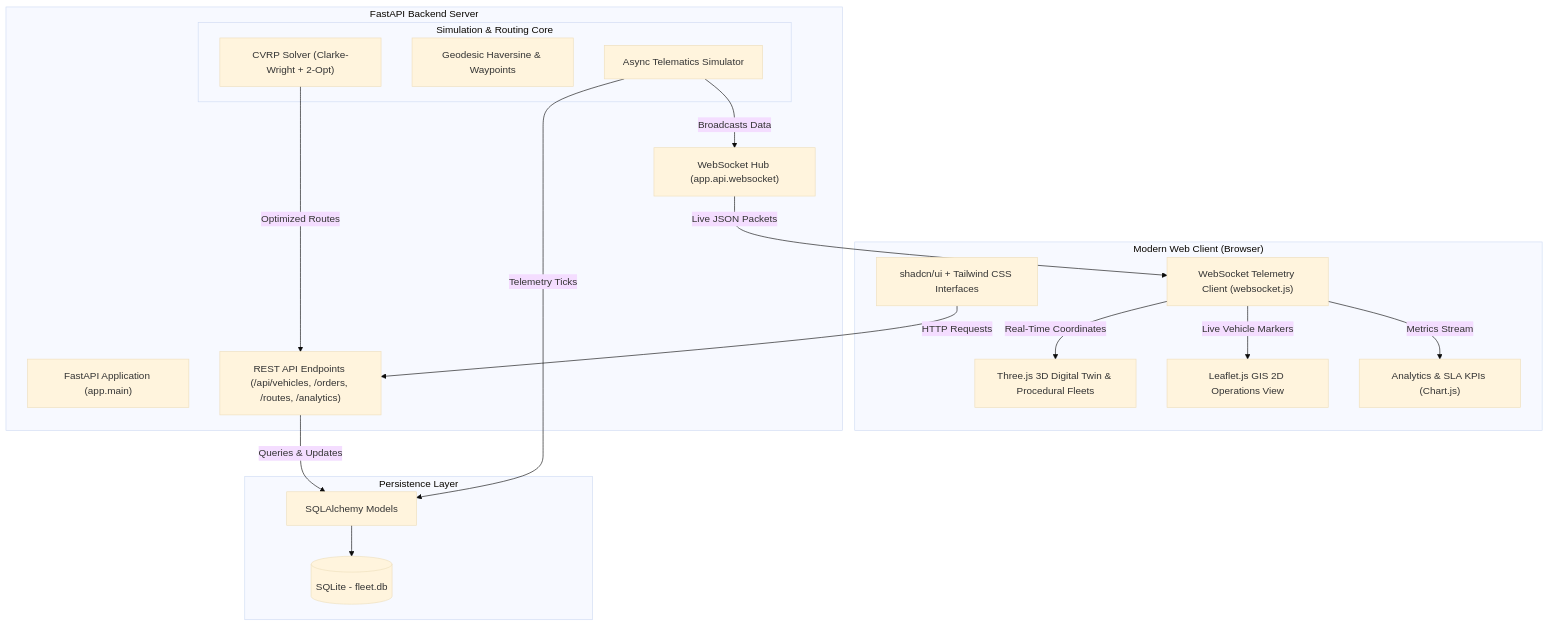
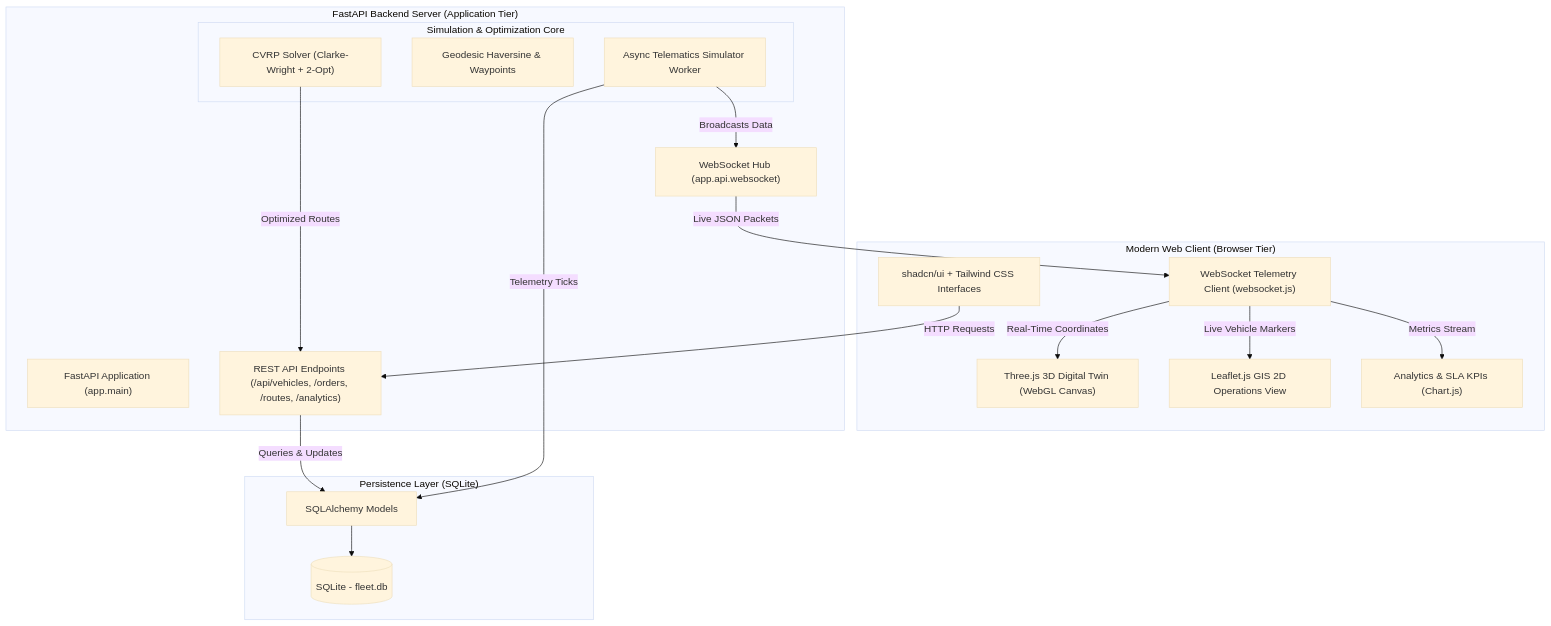
The second of 2 diagrams in README.md (sighlars/university-of-ibadan-fleet-management), drawn with Mermaid (base theme) before and after one commit. The commit also changed other lines of this file and 2 other files, not shown here.

````diff
--- a/README.md
+++ b/README.md
@@ -162,38 +210,38 @@
 ```mermaid
 flowchart TD
-    subgraph Frontend["Modern Web Client (Browser)"]
+    subgraph Frontend["Modern Web Client (Browser Tier)"]
         UI["shadcn/ui + Tailwind CSS Interfaces"]
-        Twin["Three.js 3D Digital Twin & Procedural Fleets"]
+        Twin["Three.js 3D Digital Twin (WebGL Canvas)"]
         Map["Leaflet.js GIS 2D Operations View"]
         WS["WebSocket Telemetry Client (websocket.js)"]
         Charts["Analytics & SLA KPIs (Chart.js)"]
     end
 
-    subgraph Backend["FastAPI Backend Server"]
+    subgraph Backend["FastAPI Backend Server (Application Tier)"]
         App["FastAPI Application (app.main)"]
         REST["REST API Endpoints (/api/vehicles, /orders, /routes, /analytics)"]
         WSMgr["WebSocket Hub (app.api.websocket)"]
         
-        subgraph Engine["Simulation & Routing Core"]
+        subgraph Engine["Simulation & Optimization Core"]
             CVRP["CVRP Solver (Clarke-Wright + 2-Opt)"]
             Geo["Geodesic Haversine & Waypoints"]
-            Sim["Async Telematics Simulator"]
+            Sim["Async Telematics Simulator Worker"]
         end
     end
 
-    subgraph Database["Persistence Layer"]
+    subgraph Database["Persistence Layer (SQLite)"]
         DB[(SQLite - fleet.db)]
         ORM["SQLAlchemy Models"]
     end
 
     UI -->|HTTP Requests| REST
     REST -->|Queries & Updates| ORM
     ORM --> DB
     CVRP -->|Optimized Routes| REST
     Sim -->|Telemetry Ticks| ORM
     Sim -->|Broadcasts Data| WSMgr
     WSMgr -->|Live JSON Packets| WS
     WS -->|Real-Time Coordinates| Twin
     WS -->|Live Vehicle Markers| Map
     WS -->|Metrics Stream| Charts
 ```
````
